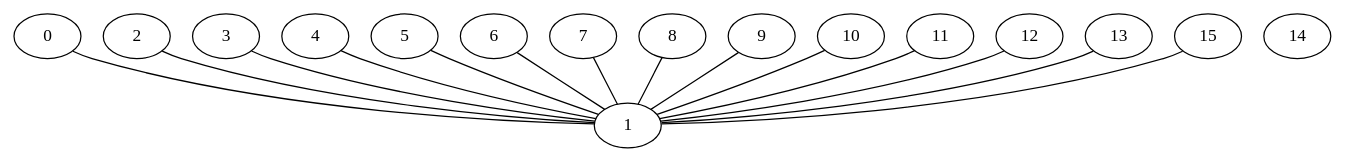
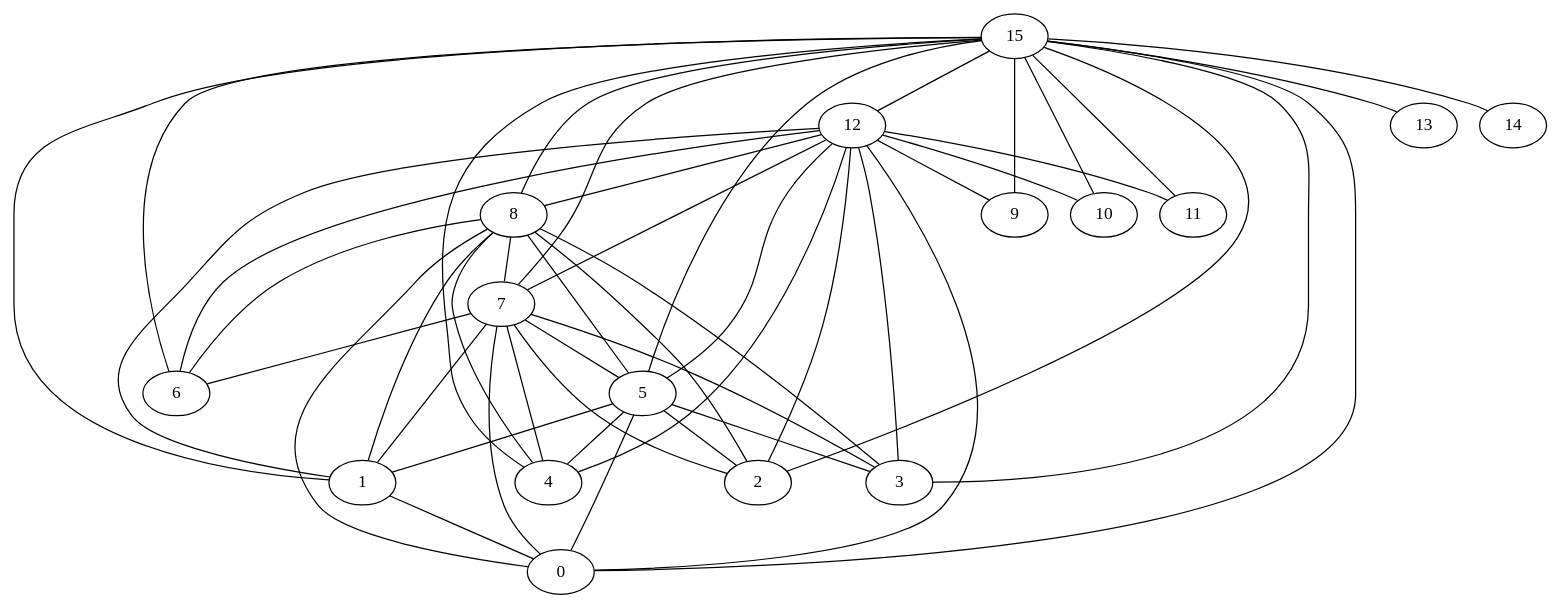
Before and after one commit to denizsurmeli/random-graph-generator: the diagram in feeds/out/O-9-17-17-HH.dot, drawn with Graphviz. The commit also changed 578 other files, not shown here.

```diff
--- a/feeds/out/O-9-17-17-HH.dot
+++ b/feeds/out/O-9-17-17-HH.dot
@@ -1,32 +1,66 @@
 graph G {
 0;
 1;
 2;
 3;
 4;
 5;
 6;
 7;
 8;
 9;
 10;
 11;
 12;
 13;
 14;
 15;
-0--1 ;
-3--1 ;
-2--1 ;
-4--1 ;
-6--1 ;
+15--0 ;
+15--1 ;
+15--2 ;
+15--3 ;
+15--4 ;
+15--5 ;
+15--6 ;
+15--7 ;
+15--8 ;
+15--9 ;
+15--10 ;
+15--11 ;
+15--12 ;
+15--13 ;
+15--14 ;
+12--0 ;
+12--1 ;
+12--2 ;
+12--3 ;
+12--4 ;
+12--5 ;
+12--6 ;
+12--7 ;
+12--8 ;
+12--9 ;
+12--10 ;
+12--11 ;
+8--0 ;
+8--1 ;
+8--2 ;
+8--3 ;
+8--4 ;
+8--5 ;
+8--6 ;
+8--7 ;
+7--0 ;
+7--1 ;
+7--2 ;
+7--3 ;
+7--4 ;
+7--5 ;
+7--6 ;
+5--0 ;
 5--1 ;
-7--1 ;
-9--1 ;
-8--1 ;
-12--1 ;
-11--1 ;
-10--1 ;
-13--1 ;
-15--1 ;
+5--2 ;
+5--3 ;
+5--4 ;
+1--0 ;
 }
```
